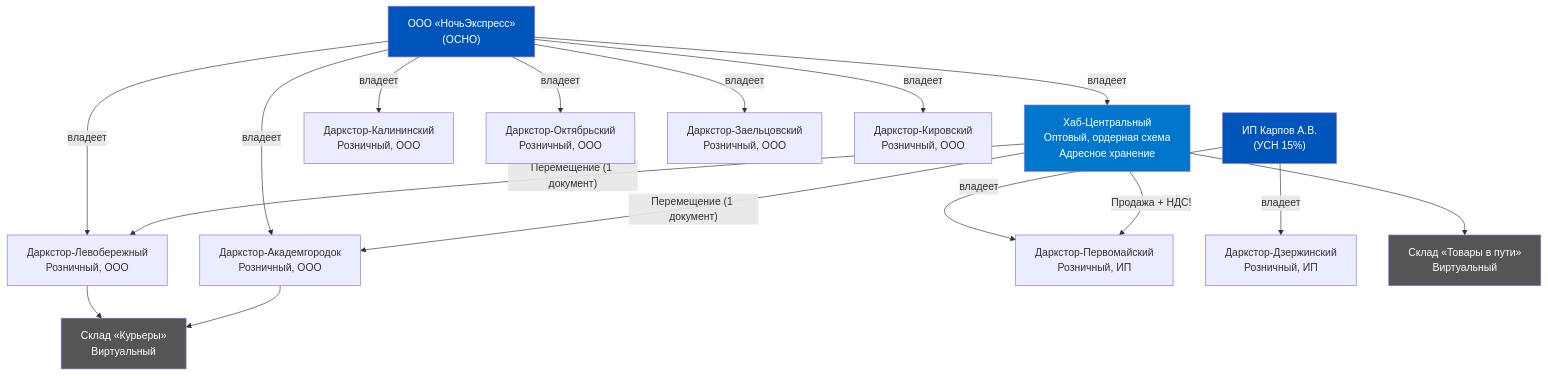
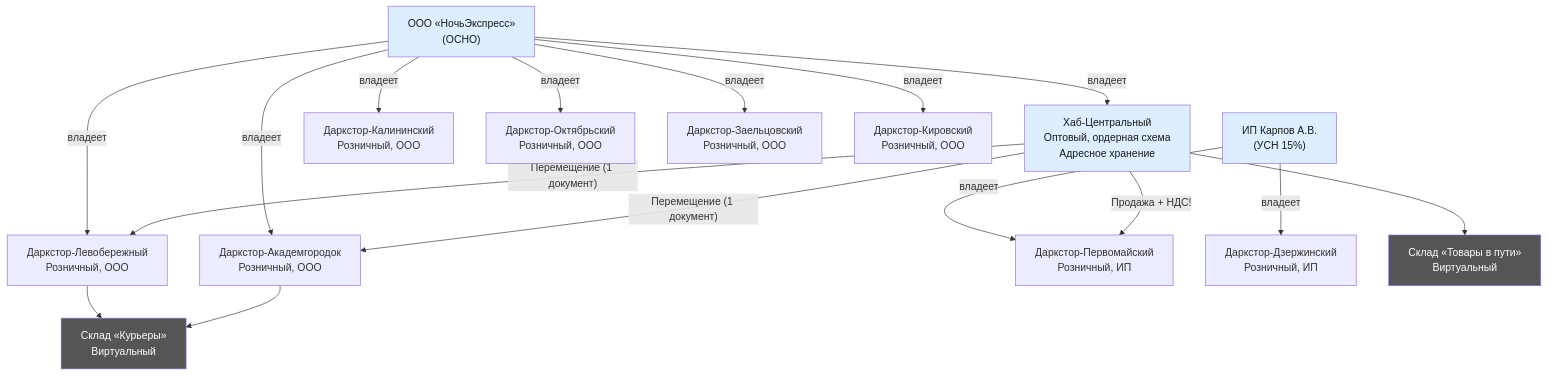
One commit to murad1986/1c-erp-quartz changed the first of 5 diagrams in content/1c-erp/week_1/Неделя 1 - День 6 - Практикум по архитектуре.md. Above: the diagram before and after it, drawn with Mermaid. The commit also changed other lines of this file and 57 other files, not shown here.

First line of the commit message:
fix: Mermaid — пастельные цвета в источниках диаграмм (56 файлов)

````diff
--- a/content/1c-erp/week_1/Неделя 1 - День 6 - Практикум по архитектуре.md
+++ b/content/1c-erp/week_1/Неделя 1 - День 6 - Практикум по архитектуре.md
@@ -111,38 +111,38 @@
 ```mermaid
 graph TD
     OOO["ООО «НочьЭкспресс»<br>(ОСНО)"]
     IP["ИП Карпов А.В.<br>(УСН 15%)"]
     HUB["Хаб-Центральный<br>Оптовый, ордерная схема<br>Адресное хранение"]
     DS1["Даркстор-Левобережный<br>Розничный, ООО"]
     DS2["Даркстор-Академгородок<br>Розничный, ООО"]
     DS3["Даркстор-Калининский<br>Розничный, ООО"]
     DS4["Даркстор-Октябрьский<br>Розничный, ООО"]
     DS5["Даркстор-Заельцовский<br>Розничный, ООО"]
     DS6["Даркстор-Кировский<br>Розничный, ООО"]
     DS7["Даркстор-Первомайский<br>Розничный, ИП"]
     DS8["Даркстор-Дзержинский<br>Розничный, ИП"]
     TRANSIT["Склад «Товары в пути»<br>Виртуальный"]
     COURIER["Склад «Курьеры»<br>Виртуальный"]
 
     OOO -->|"владеет"| HUB
     OOO -->|"владеет"| DS1
     OOO -->|"владеет"| DS2
     OOO -->|"владеет"| DS3
     OOO -->|"владеет"| DS4
     OOO -->|"владеет"| DS5
     OOO -->|"владеет"| DS6
     IP -->|"владеет"| DS7
     IP -->|"владеет"| DS8
     HUB -->|"Перемещение (1 документ)"| DS1
     HUB -->|"Перемещение (1 документ)"| DS2
     HUB -->|"Продажа + НДС!"| DS7
     HUB --> TRANSIT
     DS1 --> COURIER
     DS2 --> COURIER
 
-    style OOO fill:#0055BB,color:#fff
-    style IP fill:#0055BB,color:#fff
-    style HUB fill:#0077CC,color:#fff
+    style OOO fill:#dceeff,color:#1a1a1a
+    style IP fill:#dceeff,color:#1a1a1a
+    style HUB fill:#dceeff,color:#1a1a1a
     style TRANSIT fill:#555555,color:#fff
     style COURIER fill:#555555,color:#fff
 ```
````
